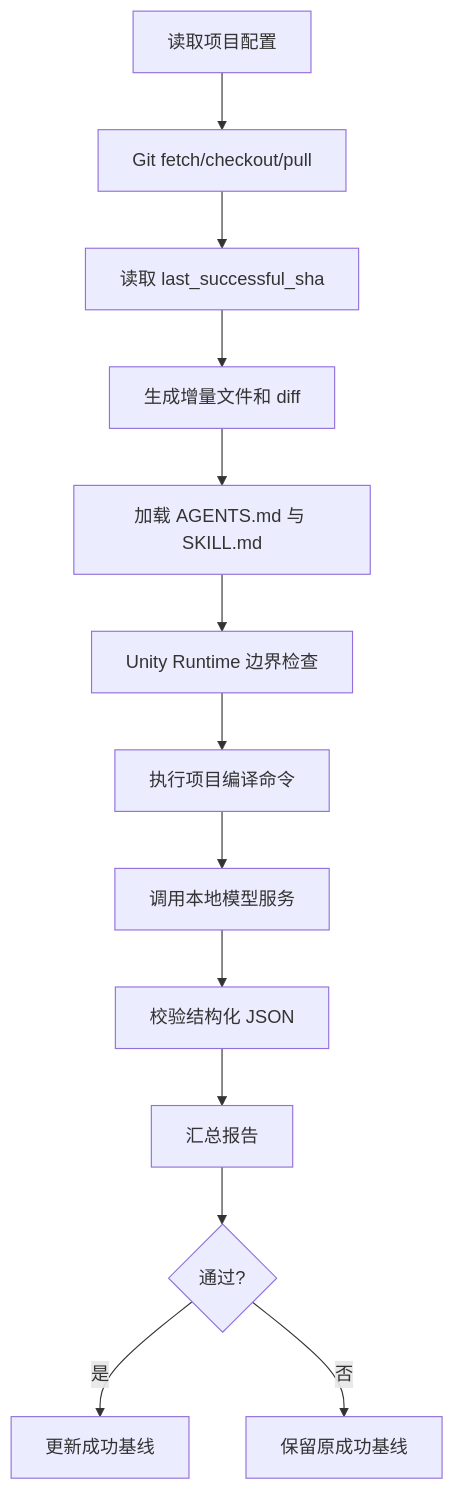
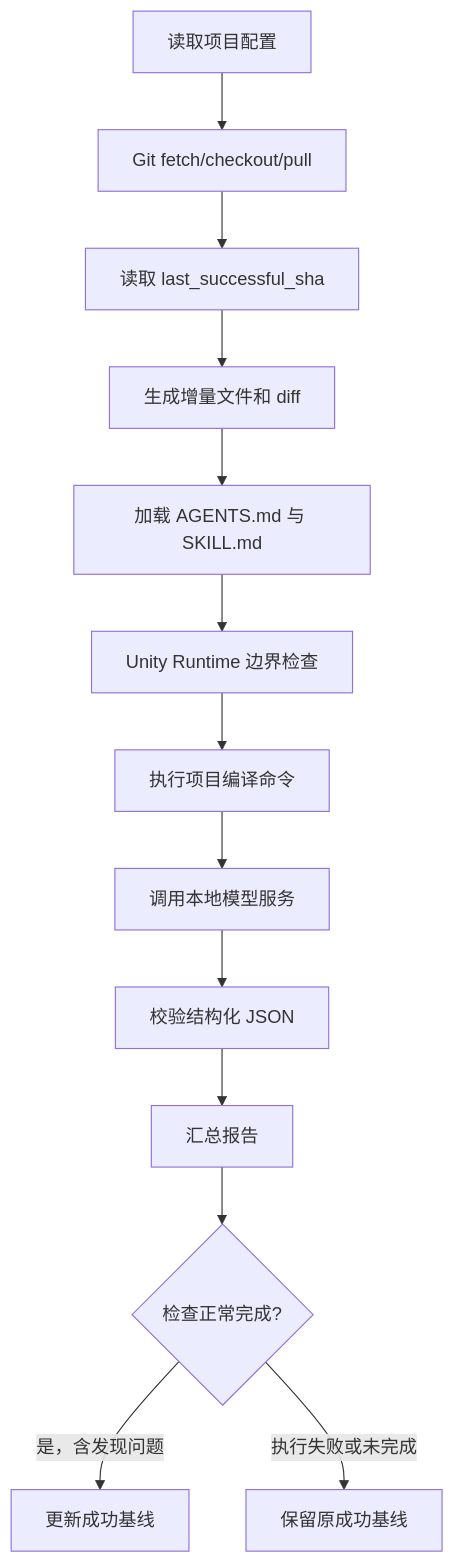
Before and after one commit to 18813004841/SelfAgent: the diagram in workbench/machine-dashboard-server/tools/code-review-agent/docs/architecture.md, drawn with Mermaid. The commit also changed 9 other files, not shown here.

```diff
--- a/workbench/machine-dashboard-server/tools/code-review-agent/docs/architecture.md
+++ b/workbench/machine-dashboard-server/tools/code-review-agent/docs/architecture.md
@@ -5,15 +5,15 @@
 ~~~mermaid
 flowchart TD
     A[读取项目配置] --> B[Git fetch/checkout/pull]
     B --> C[读取 last_successful_sha]
     C --> D[生成增量文件和 diff]
     D --> E[加载 AGENTS.md 与 SKILL.md]
     E --> F[Unity Runtime 边界检查]
     F --> G[执行项目编译命令]
     G --> H[调用本地模型服务]
     H --> I[校验结构化 JSON]
     I --> J[汇总报告]
-    J --> K{通过?}
-    K -->|是| L[更新成功基线]
-    K -->|否| M[保留原成功基线]
+    J --> K{检查正常完成?}
+    K -->|是，含发现问题| L[更新成功基线]
+    K -->|执行失败或未完成| M[保留原成功基线]
 ~~~
```
